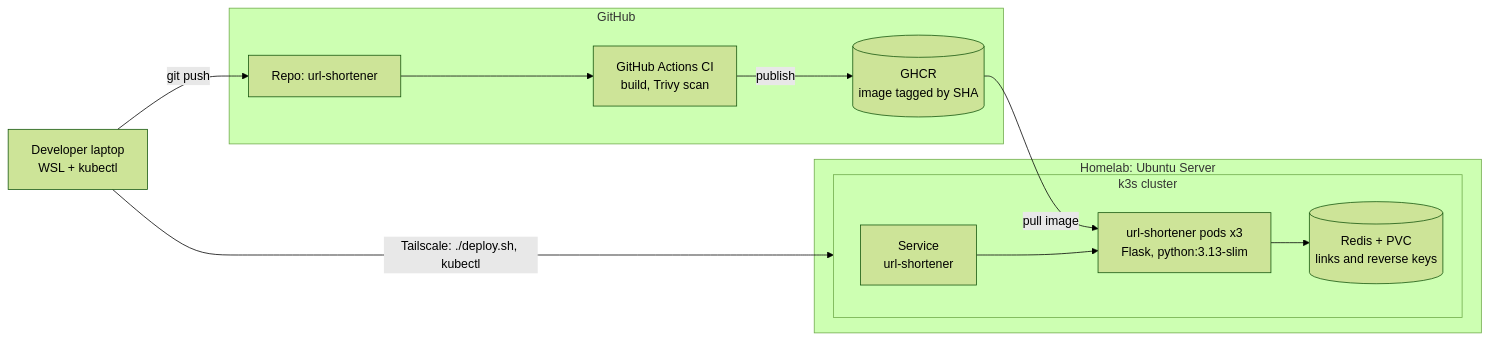
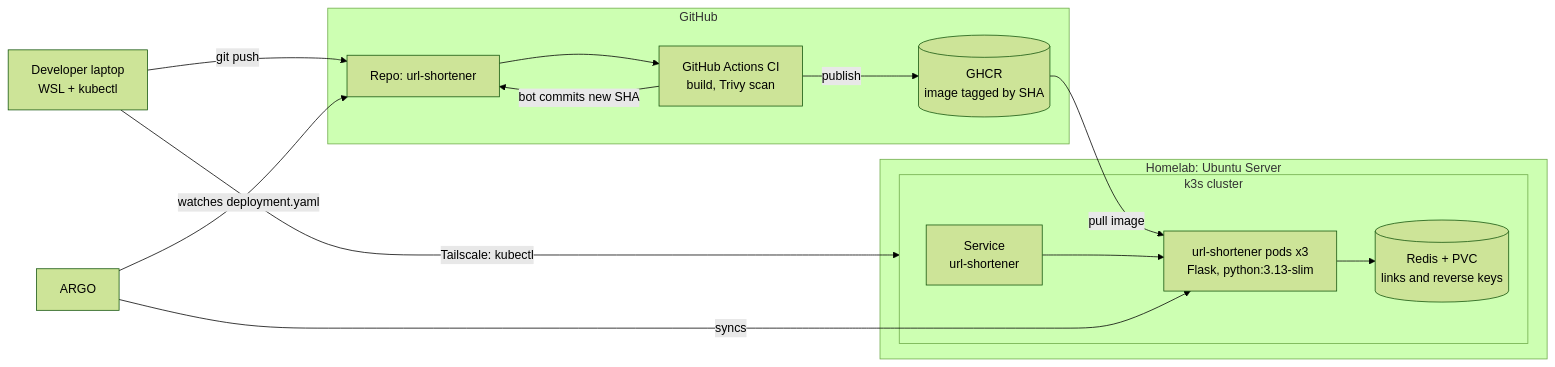
The diagram in README.md (jxcarter92/url-shortener), drawn with Mermaid (forest theme) before and after one commit. The commit also changed other lines of this file and 1 other file, not shown here.

Commit message:
Retire deploy.sh; document automated GitOps deploys in README

````diff
--- a/README.md
+++ b/README.md
@@ -31,26 +31,29 @@
 ```mermaid
 flowchart LR
     DEV[Developer laptop<br/>WSL + kubectl]
 
     subgraph GH [GitHub]
         CODE[Repo: url-shortener]
         CI[GitHub Actions CI<br/>build, Trivy scan]
         GHCR[(GHCR<br/>image tagged by SHA)]
     end
 
     subgraph HL [Homelab: Ubuntu Server]
         subgraph K3S [k3s cluster]
             SVC[Service<br/>url-shortener]
             APP[url-shortener pods x3<br/>Flask, python:3.13-slim]
             REDIS[(Redis + PVC<br/>links and reverse keys)]
         end
     end
 
     DEV -->|git push| CODE
     CODE --> CI
     CI -->|publish| GHCR
-    DEV -->|Tailscale: ./deploy.sh, kubectl| K3S
+    CI -->|bot commits new SHA| CODE
+    ARGO -->|watches deployment.yaml| CODE
+    ARGO -->|syncs| APP
+    DEV -->|Tailscale: kubectl| K3S
     GHCR -->|pull image| APP
     SVC --> APP
     APP --> REDIS
 ```
````
